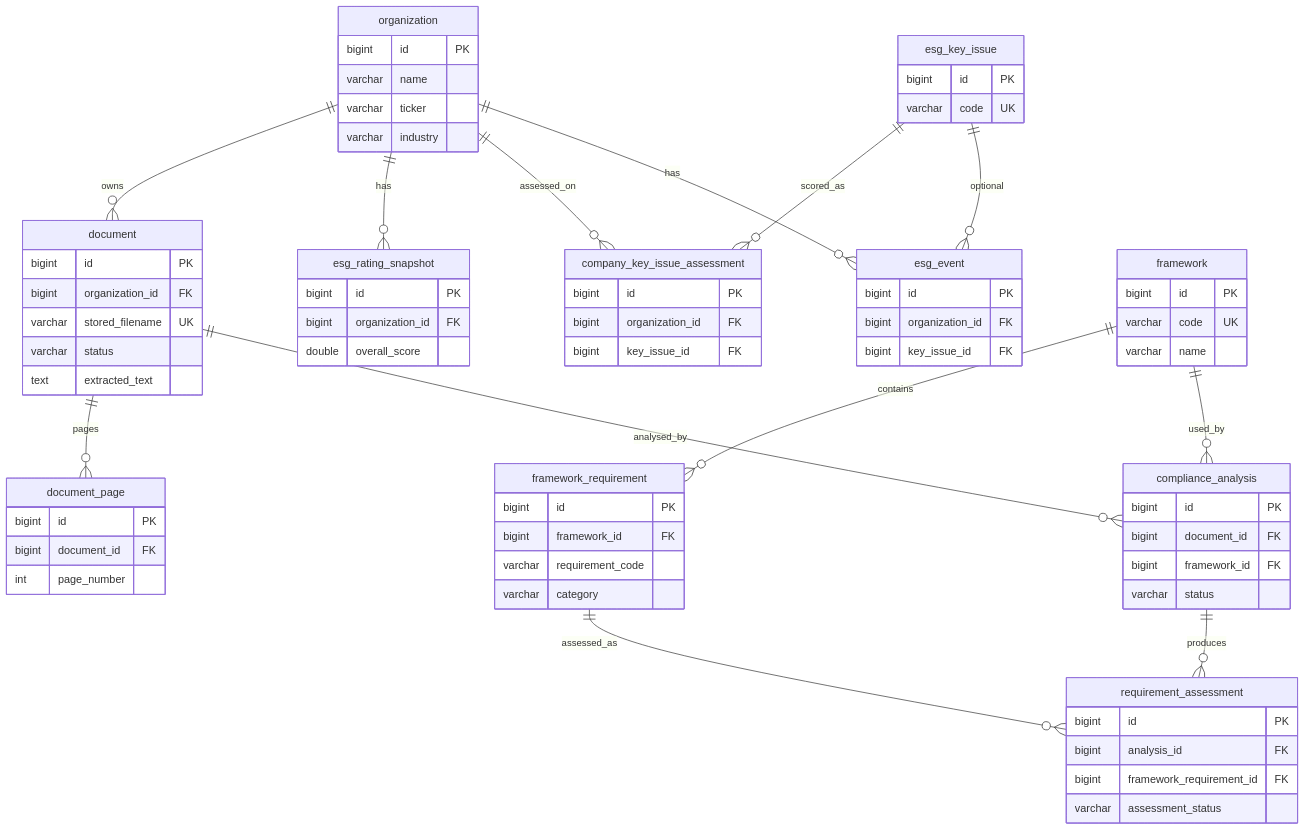
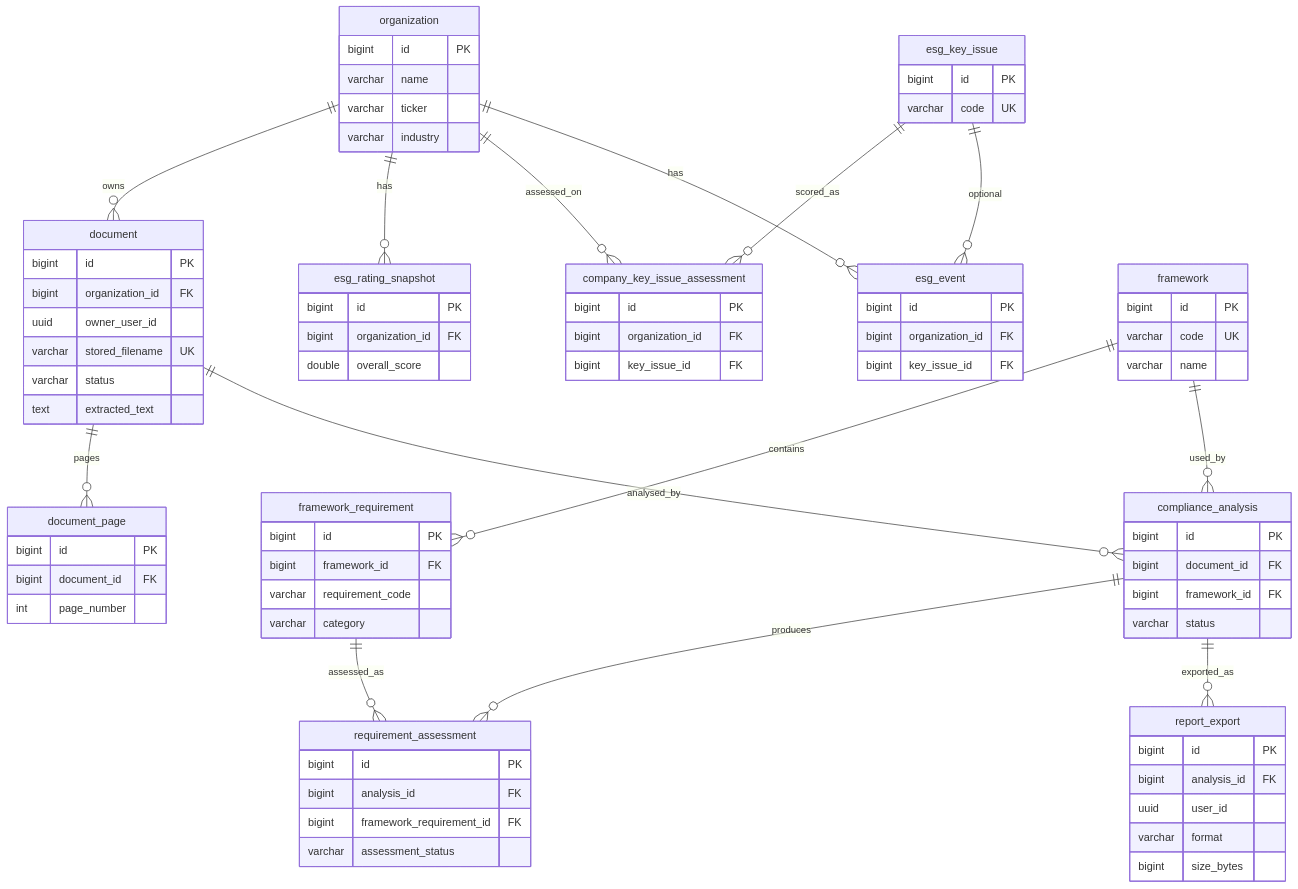
Before and after one commit to ItsAdi003/esg-genius-pro: the diagram in docs/DATA-MODEL.md, drawn with Mermaid. The commit also changed other lines of this file and 4 other files, not shown here.

```diff
--- a/docs/DATA-MODEL.md
+++ b/docs/DATA-MODEL.md
@@ -194,6 +211,7 @@
   document ||--o{ document_page : pages
   document ||--o{ compliance_analysis : analysed_by
   compliance_analysis ||--o{ requirement_assessment : produces
+  compliance_analysis ||--o{ report_export : exported_as
   framework_requirement ||--o{ requirement_assessment : assessed_as
 
   organization {
@@ -216,9 +234,17 @@
   document {
     bigint id PK
     bigint organization_id FK
+    uuid owner_user_id
     varchar stored_filename UK
     varchar status
     text extracted_text
+  }
+  report_export {
+    bigint id PK
+    bigint analysis_id FK
+    uuid user_id
+    varchar format
+    bigint size_bytes
   }
   document_page {
     bigint id PK
```
